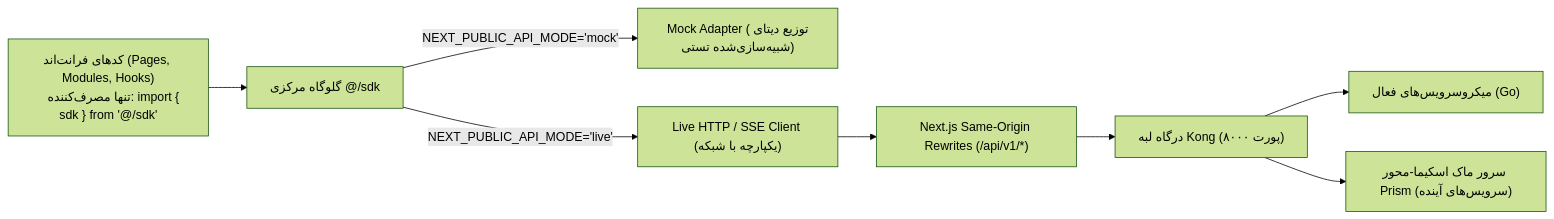
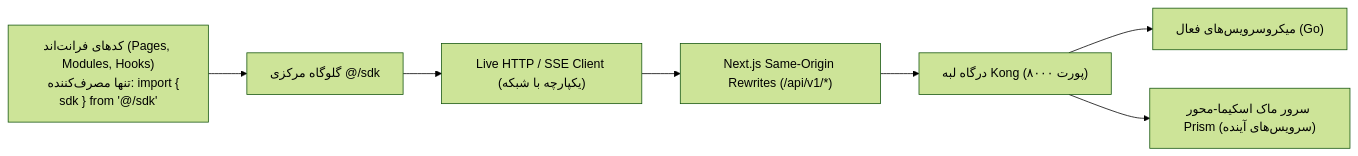
One commit to itstalentnet/dotdive changed the second of 2 diagrams in docs/lemmo/02-frontend/workspace-decisions.md. Above: the diagram before and after it, drawn with Mermaid (forest theme). The commit also changed other lines of this file, not shown here.

Commit message:
docs(fe): align DOC-FE-002 with single network client and zero-client-mock architecture (ADR-016)

````diff
--- a/docs/lemmo/02-frontend/workspace-decisions.md
+++ b/docs/lemmo/02-frontend/workspace-decisions.md
@@ -98,12 +98,11 @@
 ```mermaid
 flowchart LR
     AppCode["کدهای فرانت‌اند (Pages, Modules, Hooks)
     تنها مصرف‌کننده: import { sdk } from '@/sdk'"] --> Gateway["گلوگاه مرکزی @/sdk"]
     
-    Gateway -->|NEXT_PUBLIC_API_MODE='mock'| MockAdapter["Mock Adapter (توزیع دیتای شبیه‌سازی‌شده تستی)"]
-    Gateway -->|NEXT_PUBLIC_API_MODE='live'| LiveAdapter["Live HTTP / SSE Client (یکپارچه با شبکه)"]
+    Gateway --> LiveAdapter["Live HTTP / SSE Client (یکپارچه با شبکه)"]
     LiveAdapter --> NextProxy["Next.js Same-Origin Rewrites (/api/v1/*)"]
     NextProxy --> EdgeGateway["درگاه لبه Kong (پورت ۸۰۰۰)"]
     EdgeGateway --> RealServices["میکروسرویس‌های فعال (Go)"]
     EdgeGateway --> PrismMock["سرور ماک اسکیما-محور Prism (سرویس‌های آینده)"]
 ```
````
